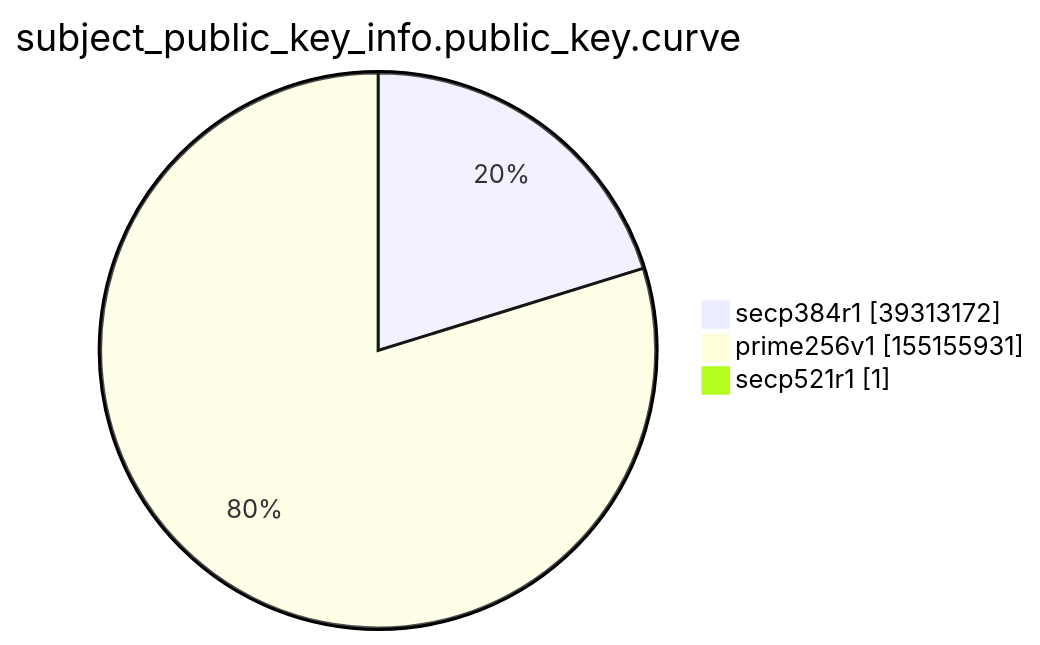
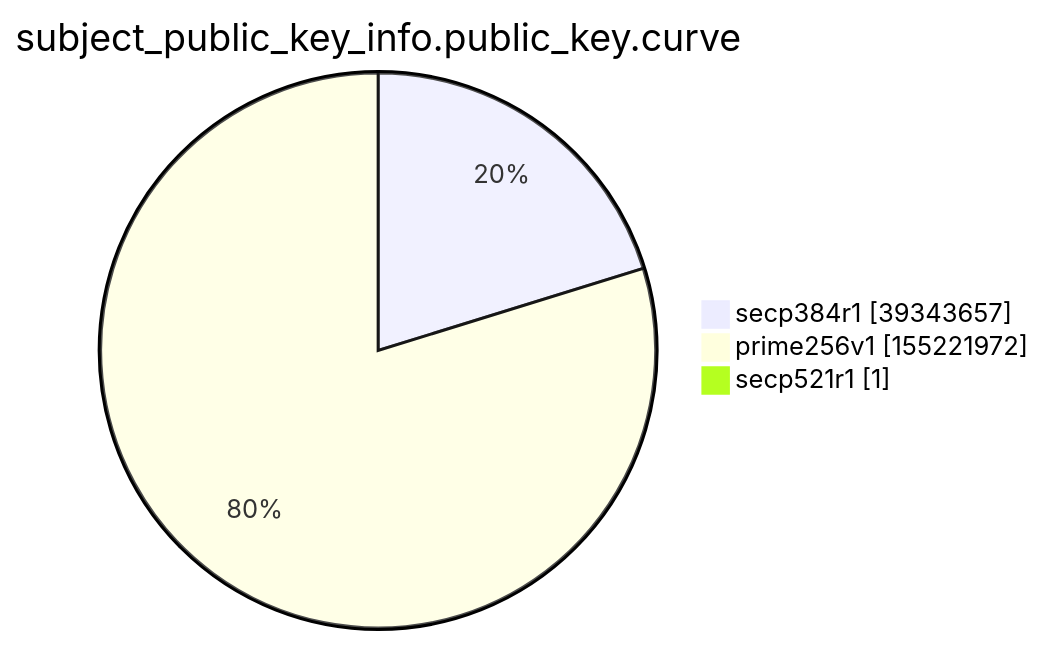
One commit to christiankrug/ctmonitor_visualization changed the ninth of 15 diagrams in xenon2022/README.md. Above: the diagram before and after it, drawn with Mermaid. The commit also changed other lines of this file, not shown here.

````diff
--- a/xenon2022/README.md
+++ b/xenon2022/README.md
@@ -2865,7 +2865,7 @@
 ```mermaid
 pie showData
 title subject_public_key_info.public_key.curve
-"secp384r1" :39313172
-"prime256v1" :155155931
+"secp384r1" :39343657
+"prime256v1" :155221972
 "secp521r1" :1
 ```
````
